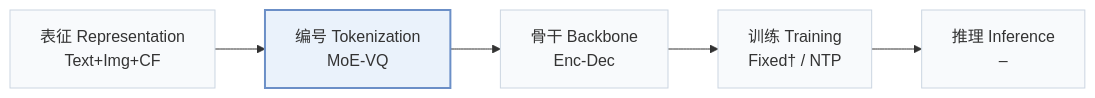
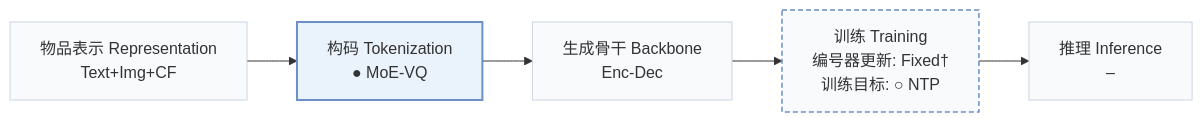
Before and after one commit to Galaxy-ghost/Awesome-SID-Generative-Rec: the first of 3 diagrams in pages/zh/papers/adc-sid.md, drawn with Mermaid. The commit also changed other lines of this file and 558 other files, not shown here.

````diff
--- a/pages/zh/papers/adc-sid.md
+++ b/pages/zh/papers/adc-sid.md
@@ -15,8 +18,10 @@
 ```mermaid
 flowchart LR
-    R["表征 Representation<br/>Text+Img+CF"] --> T["编号 Tokenization<br/>MoE-VQ"] --> B["骨干 Backbone<br/>Enc-Dec"] --> TR["训练 Training<br/>Fixed† / NTP"] --> I["推理 Inference<br/>–"]
+    R["物品表示 Representation<br/>Text+Img+CF"] --> T["构码 Tokenization<br/>● MoE-VQ"] --> B["生成骨干 Backbone<br/>Enc-Dec"] --> TR["训练 Training<br/>编号器更新: Fixed†<br/>训练目标: ○ NTP"] --> I["推理 Inference<br/>–"]
     classDef base fill:#f8fafc,stroke:#cbd5e1
     class R,T,B,TR,I base
+    classDef other fill:#f8fafc,stroke:#6b8fc7,stroke-width:1.5px,stroke-dasharray:5 3
+    class TR other
     classDef main fill:#eaf2fb,stroke:#6b8fc7,stroke-width:2px
     class T main
 ```
````
